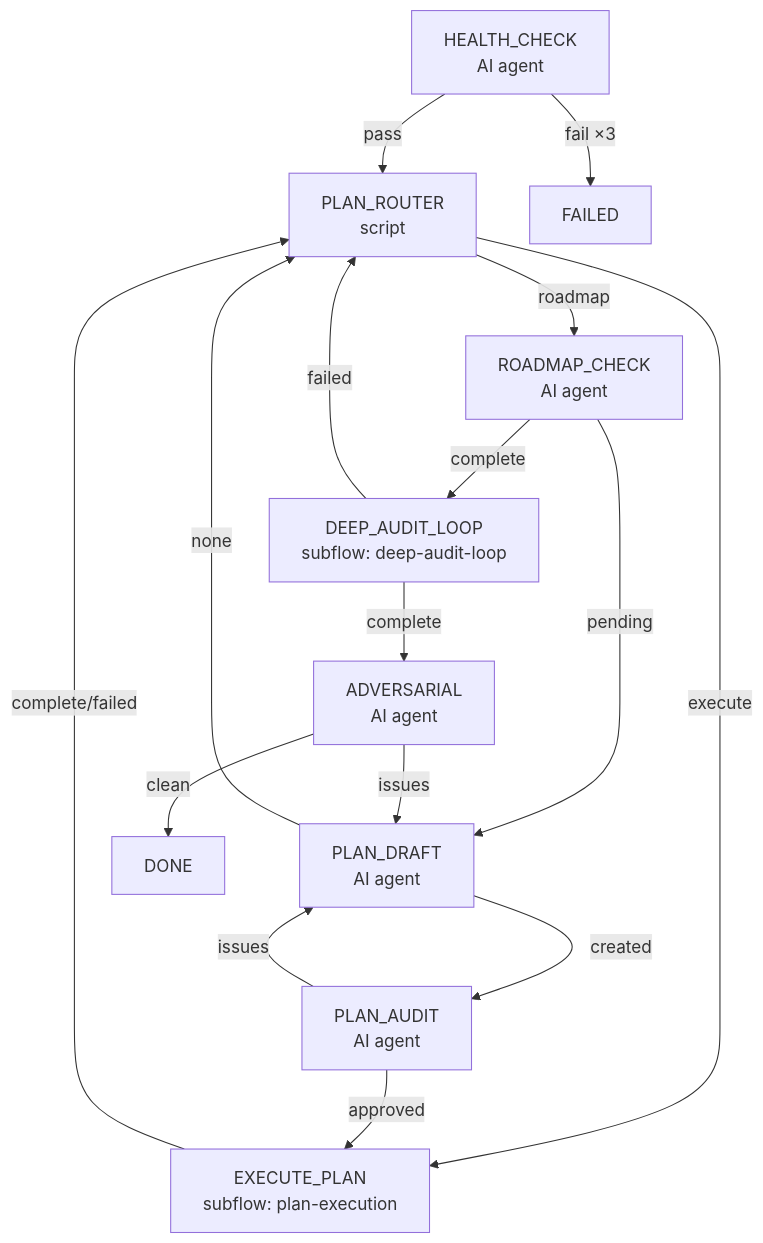
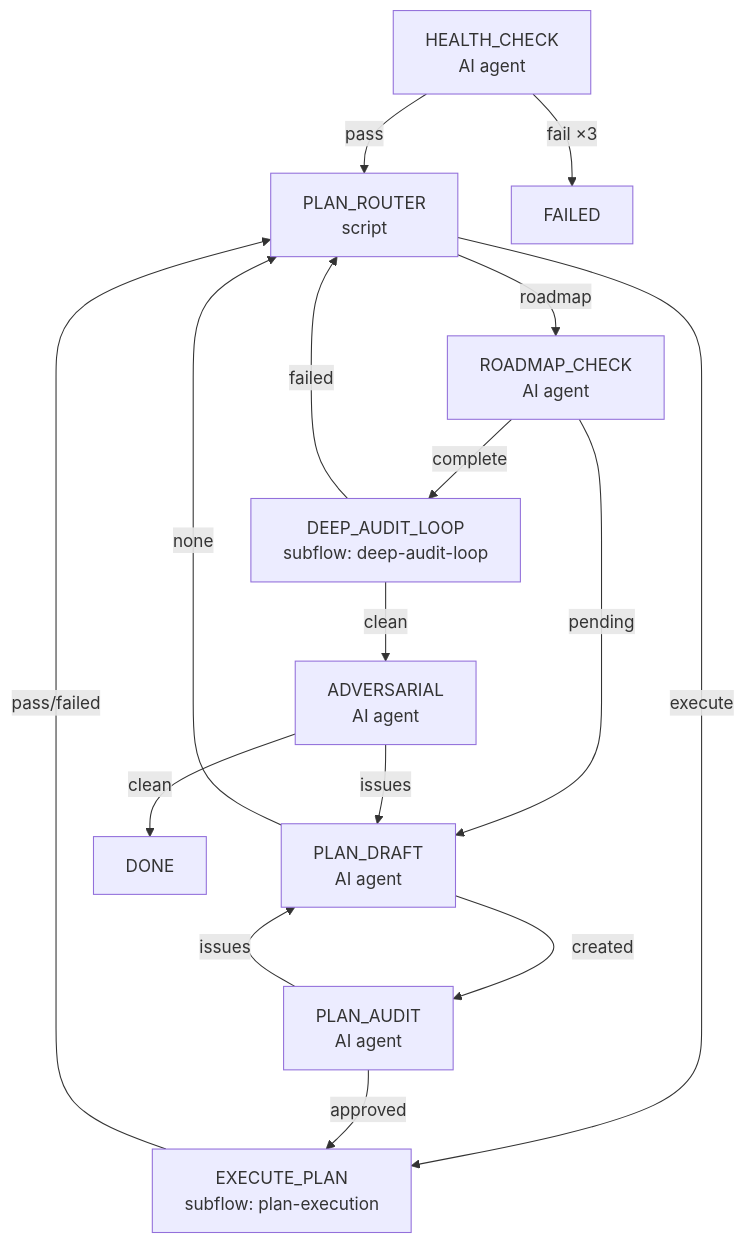
Before and after one commit to entropy-cloud/nop-entropy: the first of 3 diagrams in ai-dev/design/opencode-goal-driver/goal-driver-flow-design.md, drawn with Mermaid. The commit also changed other lines of this file and 7 other files, not shown here.

First line of the commit message:
fix(goal-driver): 子流程透传实际 marker，替代硬编码 complete/failed

````diff
--- a/ai-dev/design/opencode-goal-driver/goal-driver-flow-design.md
+++ b/ai-dev/design/opencode-goal-driver/goal-driver-flow-design.md
@@ -38,25 +39,25 @@
 ```mermaid
 flowchart TD
     HC["HEALTH_CHECK<br/>AI agent"] -->|pass| PR["PLAN_ROUTER<br/>script"]
     HC -->|fail ×3| FAILED
 
     PR -->|execute| EP["EXECUTE_PLAN<br/>subflow: plan-execution"]
     PR -->|roadmap| RC["ROADMAP_CHECK<br/>AI agent"]
 
     RC -->|pending| PD["PLAN_DRAFT<br/>AI agent"]
     RC -->|complete| DAL["DEEP_AUDIT_LOOP<br/>subflow: deep-audit-loop"]
 
     PD -->|created| PA["PLAN_AUDIT<br/>AI agent"]
     PD -->|none| PR
 
     PA -->|approved| EP
     PA -->|issues| PD
 
-    EP -->|complete/failed| PR
+    EP -->|pass/failed| PR
 
-    DAL -->|complete| AD["ADVERSARIAL<br/>AI agent"]
+    DAL -->|clean| AD["ADVERSARIAL<br/>AI agent"]
     DAL -->|failed| PR
 
     AD -->|clean| DONE
     AD -->|issues| PD
 ```
````
